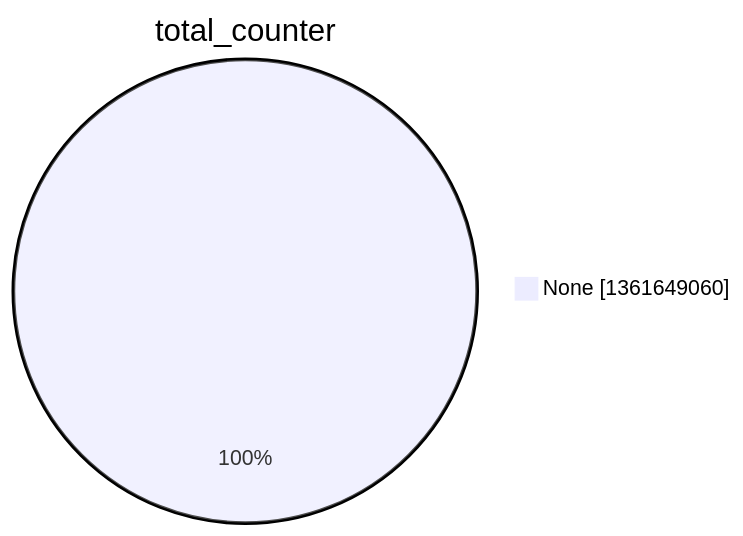
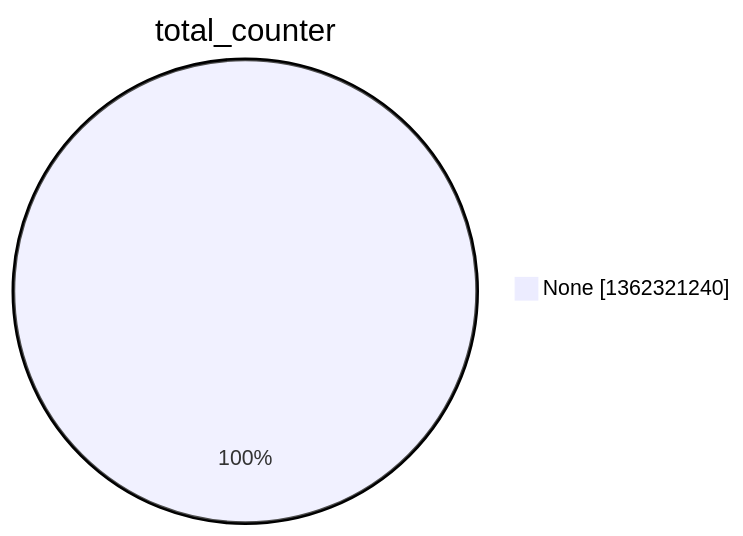
The second of 15 diagrams in argon2022/README.md (christiankrug/ctmonitor_visualization), drawn with Mermaid before and after one commit. The commit also changed other lines of this file, not shown here.

````diff
--- a/argon2022/README.md
+++ b/argon2022/README.md
@@ -9,5 +9,5 @@
 ```mermaid
 pie showData
 title total_counter
-"None" :1361649060
+"None" :1362321240
 ```
````
